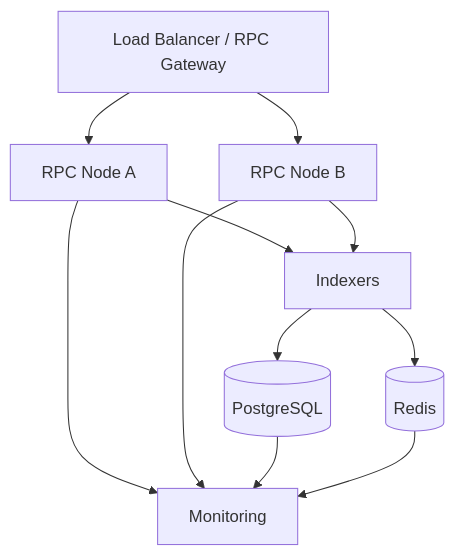
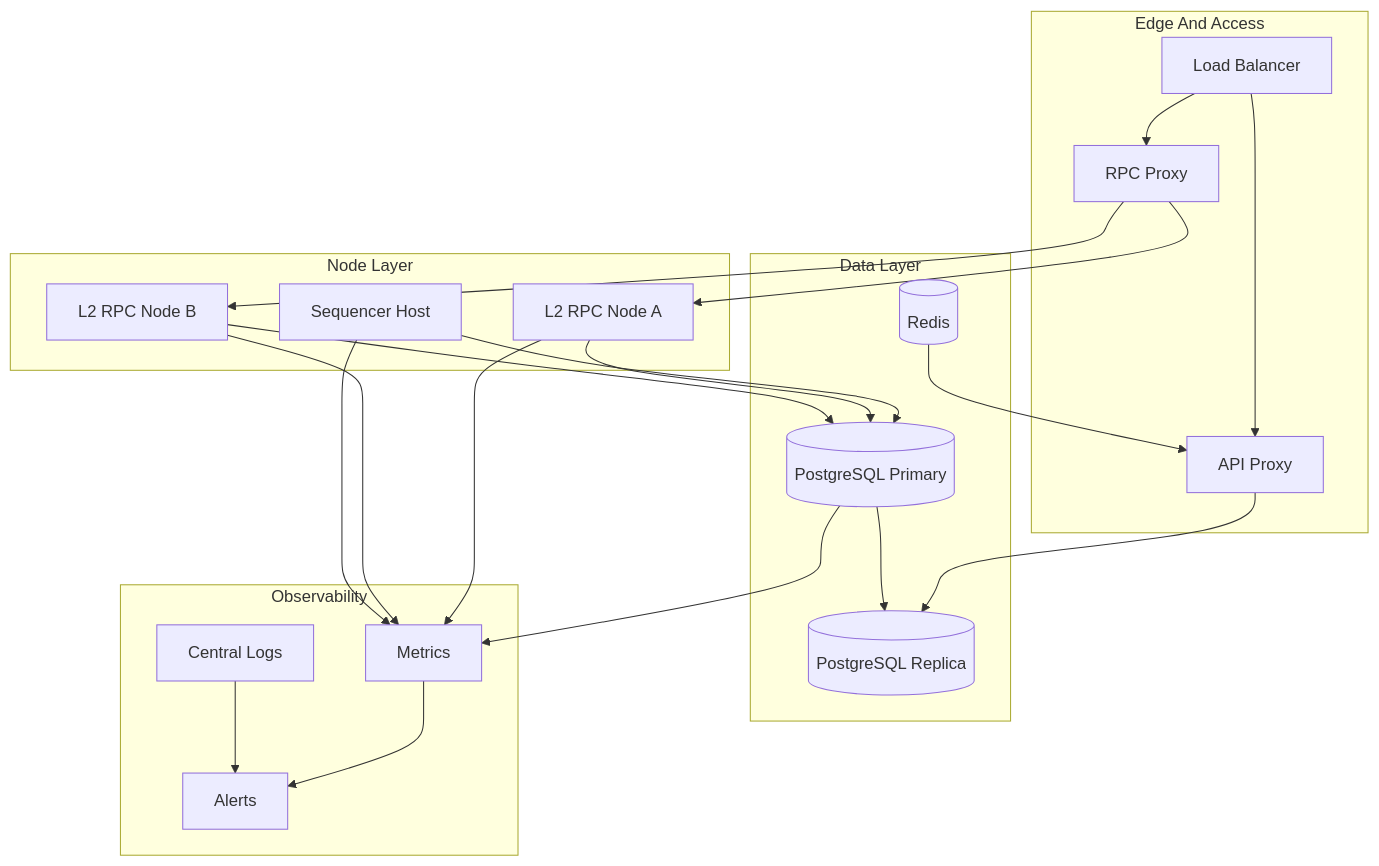
One commit to TeQoin-Blockchain/TeQoin-l2 changed the eighth of 8 diagrams in docs/ARCHITECTURE.md. Above: the diagram before and after it, drawn with Mermaid. The commit also changed other lines of this file and 2 other files, not shown here.

Commit message:
docs(readme): polish architecture visuals

````diff
--- a/docs/ARCHITECTURE.md
+++ b/docs/ARCHITECTURE.md
@@ -221,21 +264,43 @@
 ```mermaid
 flowchart TB
-  lb[Load Balancer / RPC Gateway]
-  rpc1[RPC Node A]
-  rpc2[RPC Node B]
-  indexer[Indexers]
-  db[(PostgreSQL)]
-  redis[(Redis)]
-  monitor[Monitoring]
+  subgraph Edge[Edge And Access]
+    lb[Load Balancer]
+    rpcproxy[RPC Proxy]
+    apiProxy[API Proxy]
+  end
 
-  lb --> rpc1
-  lb --> rpc2
-  rpc1 --> monitor
-  rpc2 --> monitor
-  rpc1 --> indexer
-  rpc2 --> indexer
-  indexer --> db
-  indexer --> redis
-  db --> monitor
-  redis --> monitor
+  subgraph Nodes[Node Layer]
+    rpcA[L2 RPC Node A]
+    rpcB[L2 RPC Node B]
+    sequencer[Sequencer Host]
+  end
+
+  subgraph Data[Data Layer]
+    pgPrimary[(PostgreSQL Primary)]
+    pgReplica[(PostgreSQL Replica)]
+    redis[(Redis)]
+  end
+
+  subgraph Observability[Observability]
+    logs[Central Logs]
+    metrics[Metrics]
+    alerts[Alerts]
+  end
+
+  lb --> rpcproxy
+  lb --> apiProxy
+  rpcproxy --> rpcA
+  rpcproxy --> rpcB
+  apiProxy --> pgReplica
+  sequencer --> pgPrimary
+  rpcA --> pgPrimary
+  rpcB --> pgPrimary
+  pgPrimary --> pgReplica
+  redis --> apiProxy
+  rpcA --> metrics
+  rpcB --> metrics
+  sequencer --> metrics
+  pgPrimary --> metrics
+  metrics --> alerts
+  logs --> alerts
 ```
````
